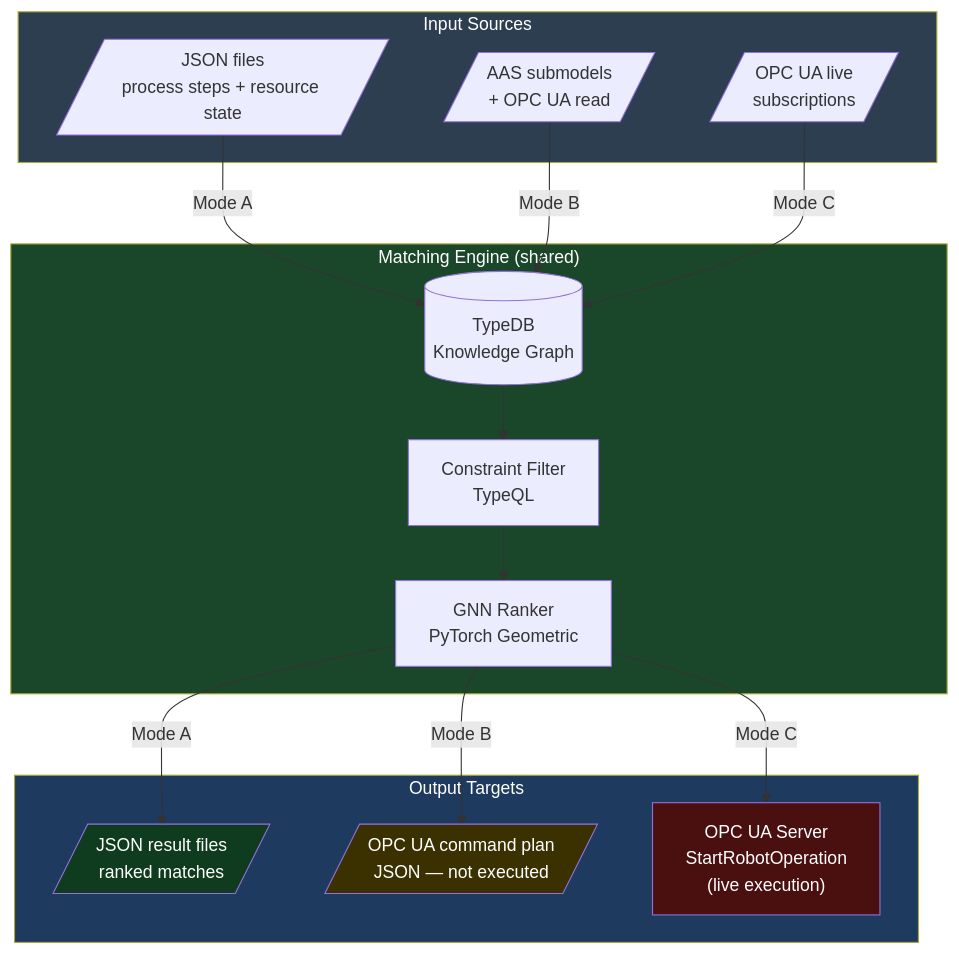
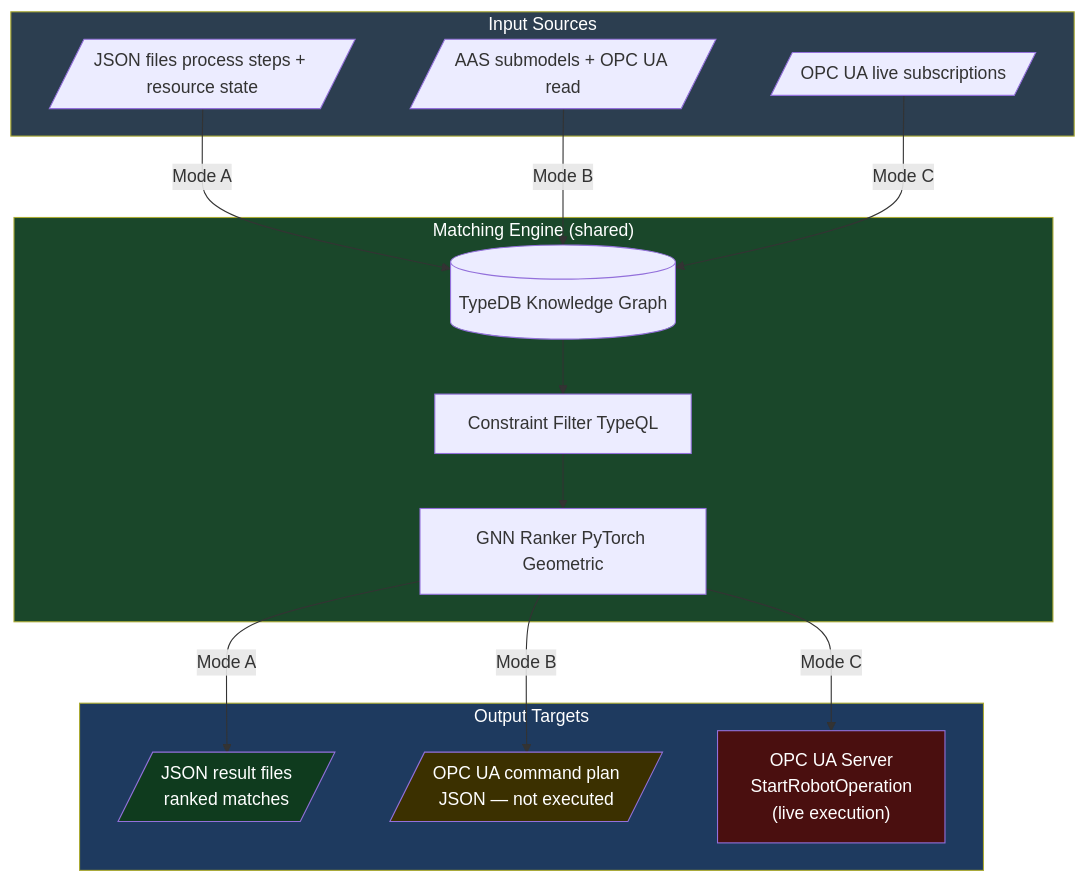
The third of 15 diagrams in resources/thesis/CapabilityMatching.md (HRADEPA1/VibeCoding-homework-02), drawn with Mermaid before and after one commit. The commit also changed other lines of this file and 41 other files, not shown here.

````diff
--- a/resources/thesis/CapabilityMatching.md
+++ b/resources/thesis/CapabilityMatching.md
@@ -246,37 +246,37 @@
 ```mermaid
 flowchart TB
     subgraph INPUT["Input Sources"]
-        FA[/"JSON files\nprocess steps + resource state"/]
-        FB[/"AAS submodels\n+ OPC UA read"/]
-        FC[/"OPC UA live\nsubscriptions"/]
+        FA[/"JSON files process steps + resource state"/]
+        FB[/"AAS submodels + OPC UA read"/]
+        FC[/"OPC UA live subscriptions"/]
     end
 
     subgraph CORE["Matching Engine (shared)"]
-        KG[(TypeDB\nKnowledge Graph)]
-        FILTER[Constraint Filter\nTypeQL]
-        GNN[GNN Ranker\nPyTorch Geometric]
+        KG[(TypeDB Knowledge Graph)]
+        FILTER[Constraint Filter TypeQL]
+        GNN[GNN Ranker PyTorch Geometric]
         FILTER --> GNN
         KG --> FILTER
     end
 
     subgraph OUTPUT["Output Targets"]
         OA[/"JSON result files\nranked matches"/]
         OB[/"OPC UA command plan\nJSON — not executed"/]
         OC["OPC UA Server\nStartRobotOperation\n(live execution)"]
     end
 
     FA -->|"Mode A"| KG
     FB -->|"Mode B"| KG
     FC -->|"Mode C"| KG
 
     GNN -->|"Mode A"| OA
     GNN -->|"Mode B"| OB
     GNN -->|"Mode C"| OC
 
     style INPUT fill:#2c3e50,color:#fff
     style CORE fill:#1a472a,color:#fff
     style OUTPUT fill:#1e3a5f,color:#fff
     style OC fill:#4a0f0f,color:#fff
     style OB fill:#3b3000,color:#fff
     style OA fill:#0f3b1e,color:#fff
 ```
````
